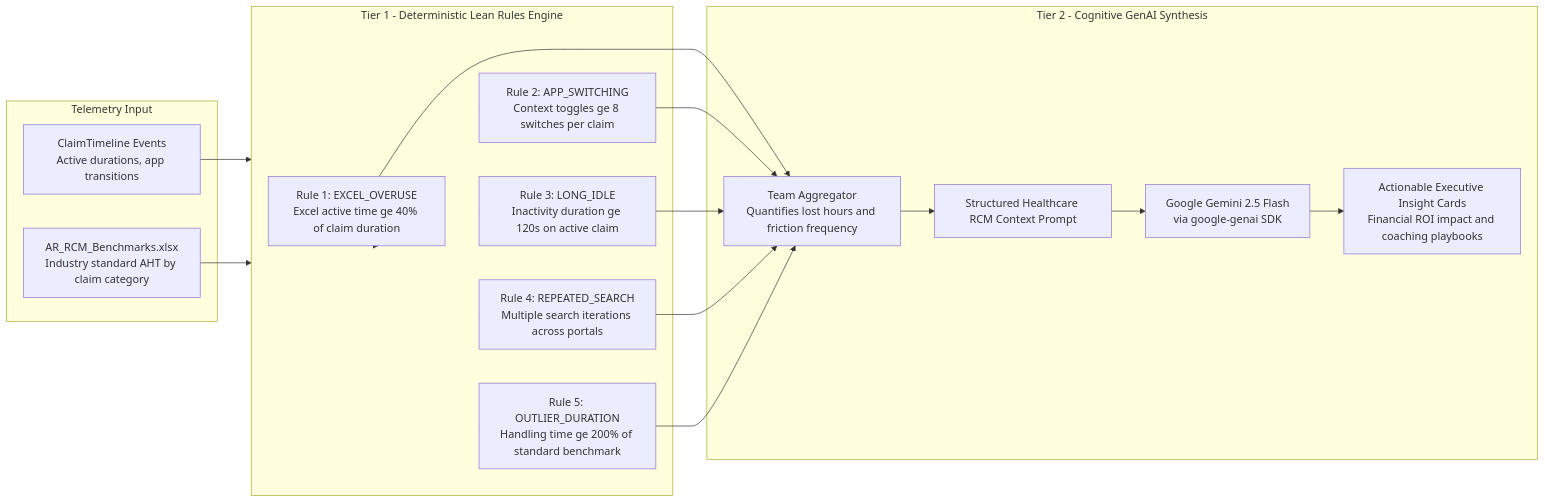
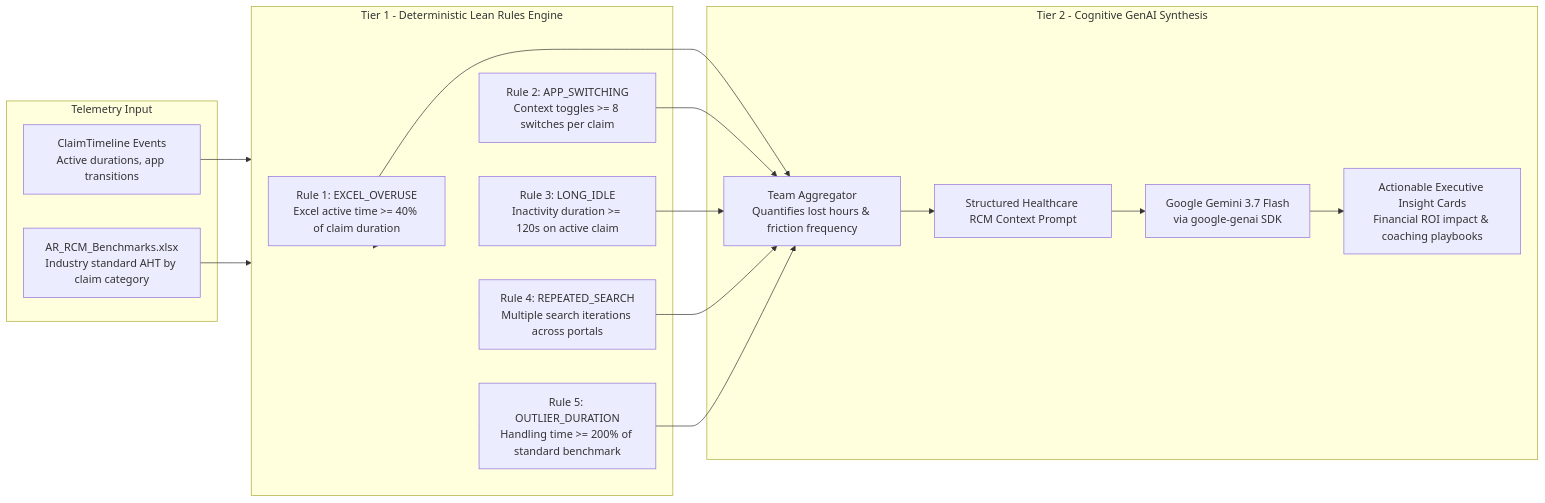
One commit to Gokul2004-ne/TMS changed the sixth of 7 diagrams in ARCHITECTURE.md. Above: the diagram before and after it, drawn with Mermaid. The commit also changed other lines of this file and 4 other files, not shown here.

Commit message:
docs: update ARCHITECTURE.md and README.md with comprehensive project dossier and clean up unwanted temporary files

````diff
--- a/ARCHITECTURE.md
+++ b/ARCHITECTURE.md
@@ -470,36 +514,36 @@
 ```mermaid
 flowchart LR
     subgraph RawData ["Telemetry Input"]
         TL["ClaimTimeline Events<br>Active durations, app transitions"]
         BM["AR_RCM_Benchmarks.xlsx<br>Industry standard AHT by claim category"]
     end
 
     subgraph Tier1 ["Tier 1 - Deterministic Lean Rules Engine"]
-        R1["Rule 1: EXCEL_OVERUSE<br>Excel active time ge 40% of claim duration"]
-        R2["Rule 2: APP_SWITCHING<br>Context toggles ge 8 switches per claim"]
-        R3["Rule 3: LONG_IDLE<br>Inactivity duration ge 120s on active claim"]
+        R1["Rule 1: EXCEL_OVERUSE<br>Excel active time >= 40% of claim duration"]
+        R2["Rule 2: APP_SWITCHING<br>Context toggles >= 8 switches per claim"]
+        R3["Rule 3: LONG_IDLE<br>Inactivity duration >= 120s on active claim"]
         R4["Rule 4: REPEATED_SEARCH<br>Multiple search iterations across portals"]
-        R5["Rule 5: OUTLIER_DURATION<br>Handling time ge 200% of standard benchmark"]
+        R5["Rule 5: OUTLIER_DURATION<br>Handling time >= 200% of standard benchmark"]
     end
 
     subgraph Tier2 ["Tier 2 - Cognitive GenAI Synthesis"]
-        Agg["Team Aggregator<br>Quantifies lost hours and friction frequency"]
+        Agg["Team Aggregator<br>Quantifies lost hours & friction frequency"]
         Prompt["Structured Healthcare RCM Context Prompt"]
-        Gemini["Google Gemini 2.5 Flash<br>via google-genai SDK"]
-        Cards["Actionable Executive Insight Cards<br>Financial ROI impact and coaching playbooks"]
+        Gemini["Google Gemini 3.7 Flash<br>via google-genai SDK"]
+        Cards["Actionable Executive Insight Cards<br>Financial ROI impact & coaching playbooks"]
     end
 
     TL --> Tier1
     BM --> Tier1
     Tier1 --> R1
     Tier1 --> R2
     Tier1 --> R3
     Tier1 --> R4
     Tier1 --> R5
     R1 --> Agg
     R2 --> Agg
     R3 --> Agg
     R4 --> Agg
     R5 --> Agg
     Agg --> Prompt --> Gemini --> Cards
 ```
````
